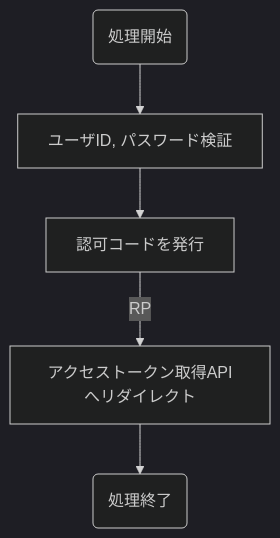
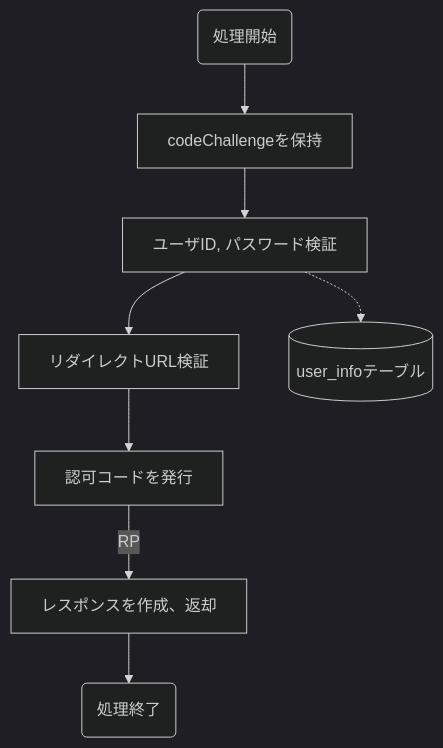
The diagram in docs/business-flow/op/Certification.md (nob-islan/nob-openid-connect), drawn with Mermaid before and after one commit. The commit also changed 6 other files, not shown here.

````diff
--- a/docs/business-flow/op/Certification.md
+++ b/docs/business-flow/op/Certification.md
@@ -3,8 +3,11 @@
 ```mermaid
 %%{init:{'theme':'dark'}}%%
 graph TD;
-    A(処理開始) --> B[ユーザID, パスワード検証]
-    B --> C[認可コードを発行]
-    C --> |RP| D[アクセストークン取得APIへリダイレクト]
-    D --> E(処理終了)
+    A(処理開始) --> B[codeChallengeを保持]
+    B --> C[ユーザID, パスワード検証]
+    C --> D[リダイレクトURL検証]
+    C -.-> E[(user_infoテーブル)]
+    D --> F[認可コードを発行]
+    F --> |RP| G[レスポンスを作成、返却]
+    G --> H(処理終了)
 ```
````
